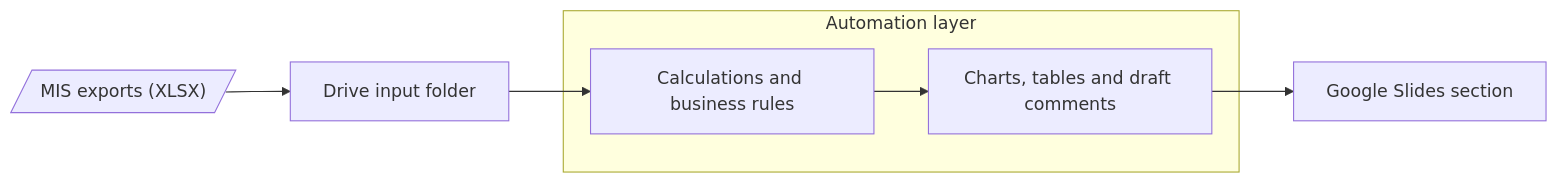
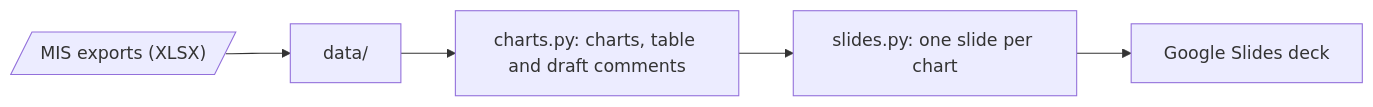
The diagram in README.md (hjoaquim/lidl-automation), drawn with Mermaid before and after one commit. The commit also changed other lines of this file and 1 other file, not shown here.

````diff
--- a/README.md
+++ b/README.md
@@ -7,11 +7,7 @@
 ```mermaid
 flowchart LR
-    mis[/"MIS exports (XLSX)"/] --> input[Drive input folder]
-
-    subgraph auto [Automation layer]
-        calc[Calculations and business rules] --> visuals[Charts, tables and draft comments]
-    end
-
-    input --> calc
-    visuals --> slides[Google Slides section]
+    mis[/"MIS exports (XLSX)"/] --> data["data/"]
+    data --> charts["charts.py: charts, table and draft comments"]
+    charts --> slides["slides.py: one slide per chart"]
+    slides --> deck[Google Slides deck]
 ```
````
